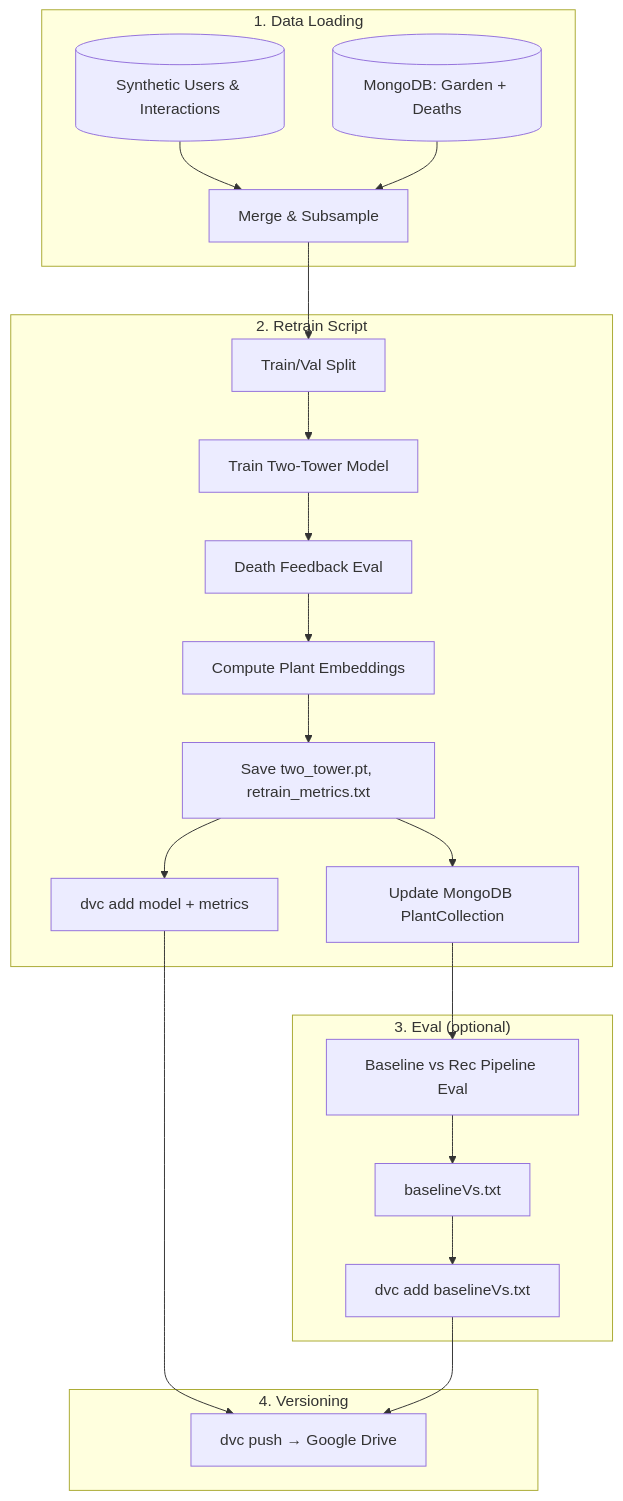
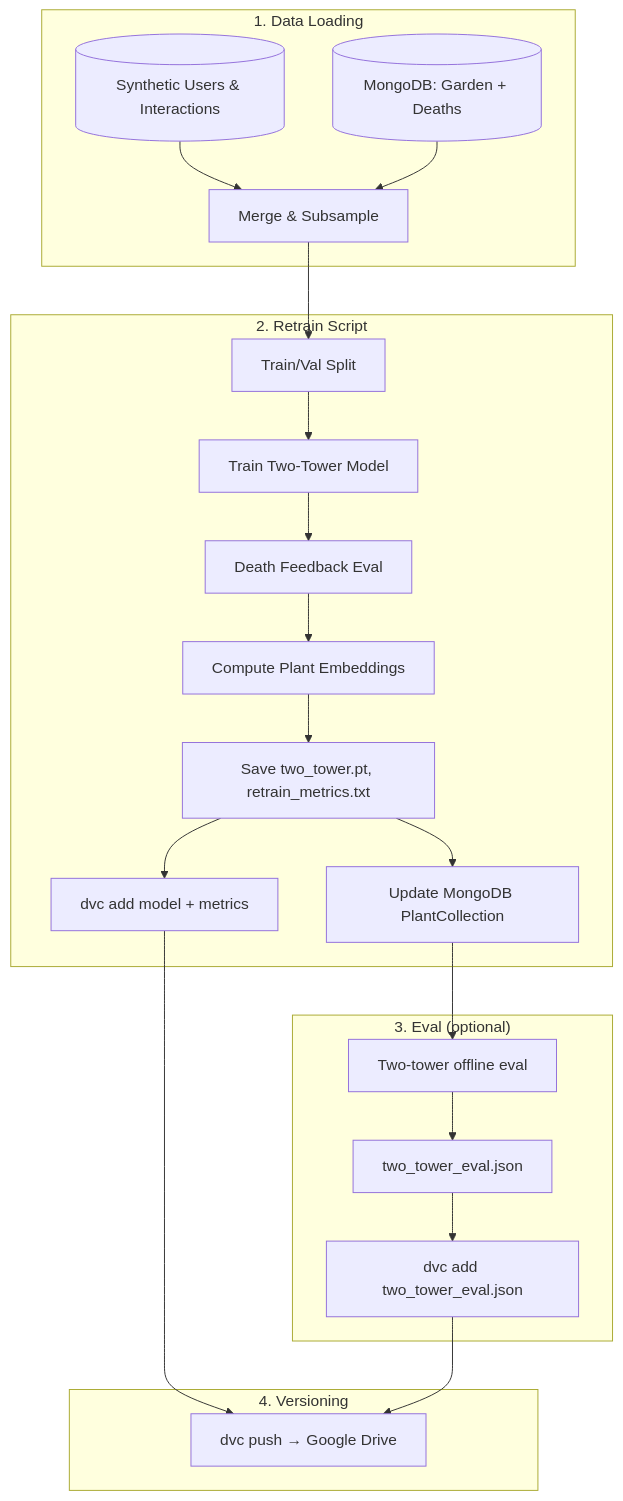
Before and after one commit to JaredAung/HowToNotKillYourPlants: the fourth of 4 diagrams in README.md, drawn with Mermaid. The commit also changed other lines of this file and 25 other files, not shown here.

````diff
--- a/README.md
+++ b/README.md
@@ -216,30 +216,30 @@
 ```mermaid
 flowchart TD
     subgraph Data["1. Data Loading"]
         Synthetic[(Synthetic Users & Interactions)]
         Mongo[(MongoDB: Garden + Deaths)]
         Synthetic --> Merge[Merge & Subsample]
         Mongo --> Merge
     end
 
     subgraph Train["2. Retrain Script"]
         Merge --> Split[Train/Val Split]
         Split --> TrainLoop[Train Two-Tower Model]
         TrainLoop --> DeathEval[Death Feedback Eval]
         DeathEval --> Embed[Compute Plant Embeddings]
         Embed --> Save[Save two_tower.pt, retrain_metrics.txt]
         Save --> MongoUpdate[Update MongoDB PlantCollection]
         Save --> DVCAdd1[dvc add model + metrics]
     end
 
     subgraph Eval["3. Eval (optional)"]
-        MongoUpdate --> BaselineEval[Baseline vs Rec Pipeline Eval]
-        BaselineEval --> BaselineVs[baselineVs.txt]
-        BaselineVs --> DVCAdd2[dvc add baselineVs.txt]
+        MongoUpdate --> TwoTowerEval[Two-tower offline eval]
+        TwoTowerEval --> EvalJson[two_tower_eval.json]
+        EvalJson --> DVCAdd2[dvc add two_tower_eval.json]
     end
 
     subgraph Version["4. Versioning"]
         DVCAdd1 --> DVCPush
         DVCAdd2 --> DVCPush[dvc push → Google Drive]
     end
 ```
````
